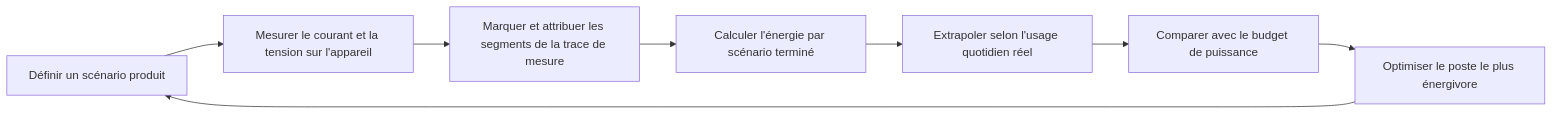
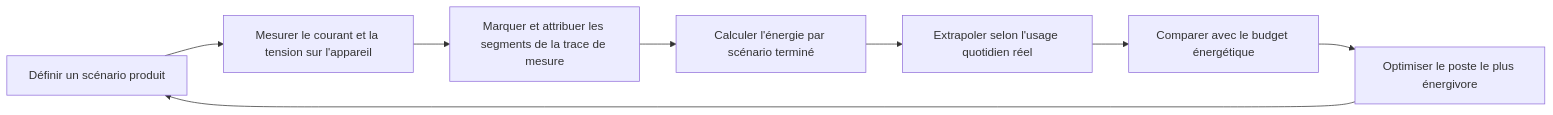
One commit to uForge-io/uforge-site changed the third of 3 diagrams in docs_fr/learn/bluetooth/bluetooth-low-power-profiling.md. Above: the diagram before and after it, drawn with Mermaid. The commit also changed other lines of this file and 1299 other files, not shown here.

````diff
--- a/docs_fr/learn/bluetooth/bluetooth-low-power-profiling.md
+++ b/docs_fr/learn/bluetooth/bluetooth-low-power-profiling.md
@@ -252,10 +252,10 @@
 ```mermaid
 flowchart LR
     A["Définir un scénario produit"] --> B["Mesurer le courant et la tension sur l'appareil"]
     B --> C["Marquer et attribuer les segments de la trace de mesure"]
     C --> D["Calculer l'énergie par scénario terminé"]
     D --> E["Extrapoler selon l'usage quotidien réel"]
-    E --> F["Comparer avec le budget de puissance"]
+    E --> F["Comparer avec le budget énergétique"]
     F --> G["Optimiser le poste le plus énergivore"]
     G --> A
 ```
````
